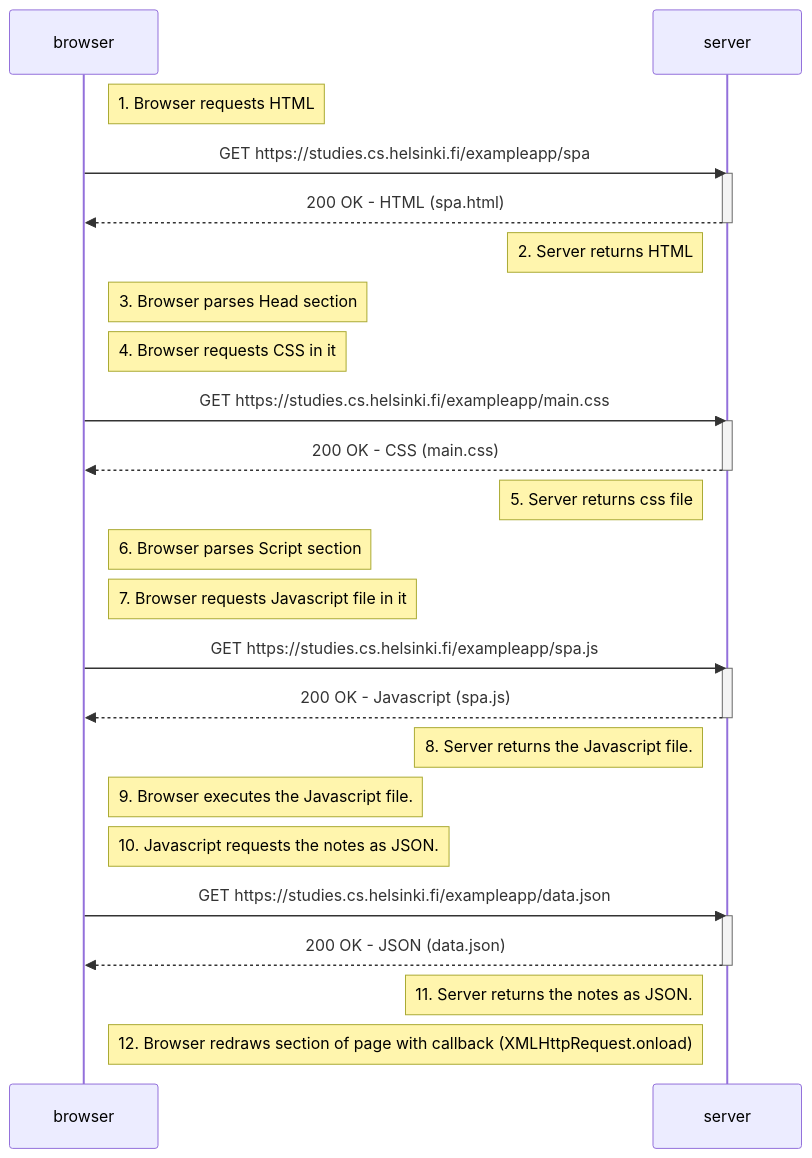
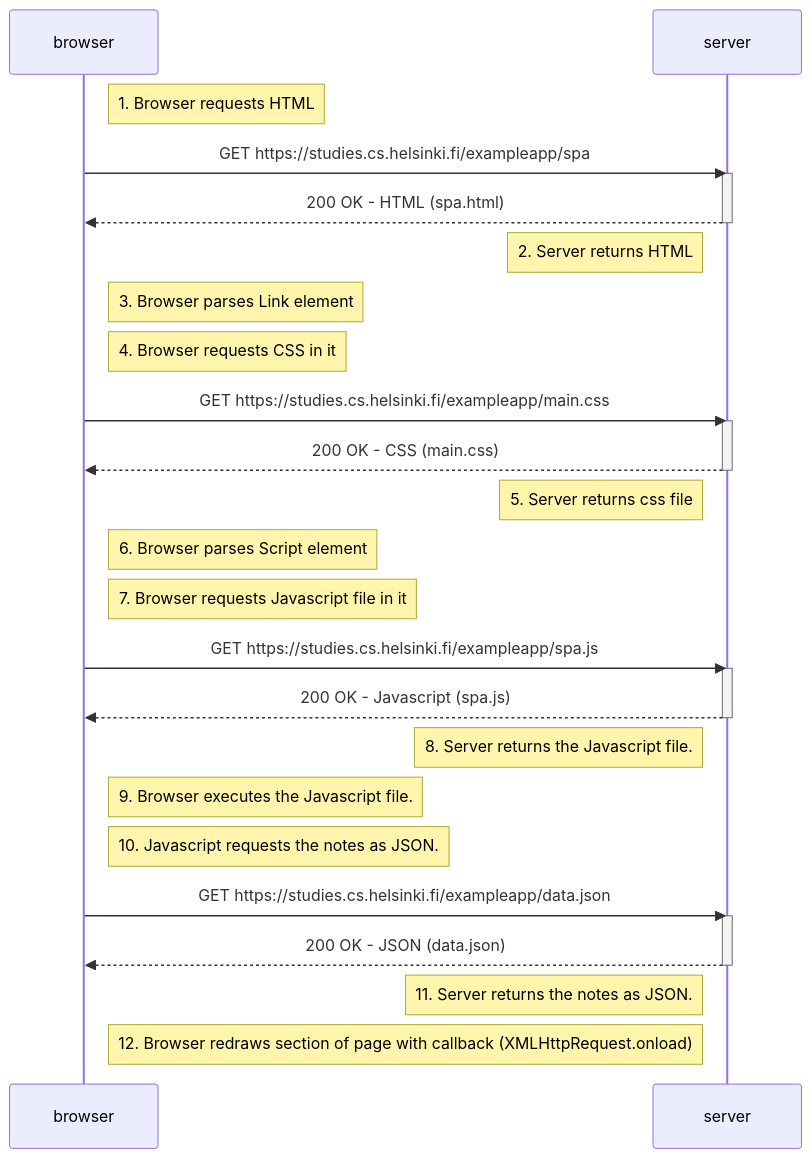
One commit to DrFinger2/fullstackopen-2026 changed the diagram in osa0/0.5.md. Above: the diagram before and after it, drawn with Mermaid.

````diff
--- a/osa0/0.5.md
+++ b/osa0/0.5.md
@@ -1,36 +1,36 @@
 ```mermaid
 sequenceDiagram
     participant browser
     participant server
 
     Note right of browser: 1. Browser requests HTML
     browser->>server: GET https://studies.cs.helsinki.fi/exampleapp/spa
     activate server
     server-->>browser: 200 OK - HTML (spa.html)
     deactivate server
     Note left of server: 2. Server returns HTML
 
-    Note right of browser: 3. Browser parses Head section
+    Note right of browser: 3. Browser parses Link element
     Note right of browser: 4. Browser requests CSS in it
     browser->>server: GET https://studies.cs.helsinki.fi/exampleapp/main.css
     activate server
     server-->>browser: 200 OK - CSS (main.css)
     deactivate server
     Note left of server: 5. Server returns css file
-    Note right of browser: 6. Browser parses Script section
+    Note right of browser: 6. Browser parses Script element
     Note right of browser: 7. Browser requests Javascript file in it
     browser->>server: GET https://studies.cs.helsinki.fi/exampleapp/spa.js
     activate server
     server-->>browser: 200 OK - Javascript (spa.js)
     deactivate server
     Note left of server: 8. Server returns the Javascript file.
     Note right of browser: 9. Browser executes the Javascript file.
     Note right of browser: 10. Javascript requests the notes as JSON.
     browser->>server: GET https://studies.cs.helsinki.fi/exampleapp/data.json
     activate server
     server-->>browser: 200 OK - JSON (data.json)
     deactivate server
     Note left of server: 11. Server returns the notes as JSON.
 
     Note right of browser: 12. Browser redraws section of page with callback (XMLHttpRequest.onload)
 ```
````
